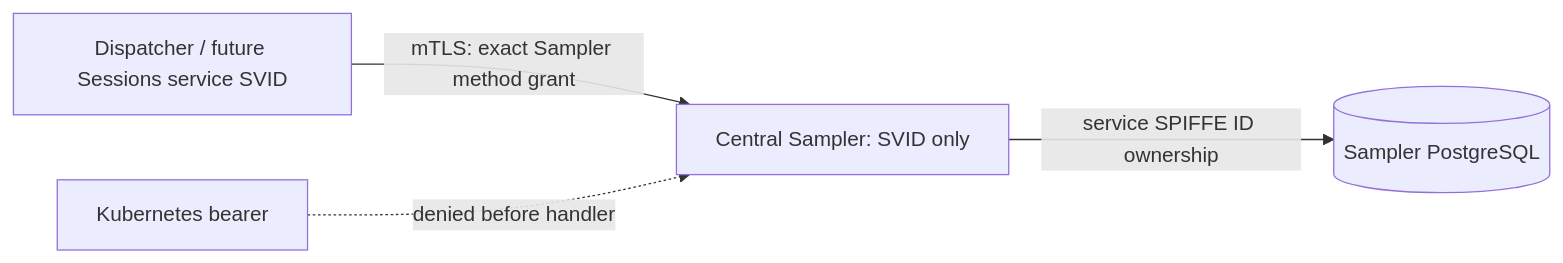
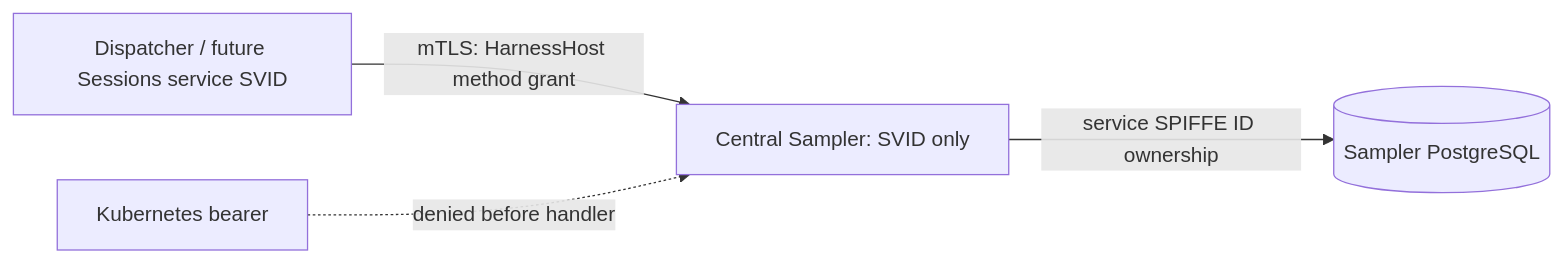
The fifth of 18 diagrams in agentplane/docs/system_overview.md (agentydragon/ducktape), drawn with Mermaid before and after one commit. The commit also changed other lines of this file and 14 other files, not shown here.

Commit message:
Use one HarnessHost client for Dispatcher delivery

````diff
--- a/agentplane/docs/system_overview.md
+++ b/agentplane/docs/system_overview.md
@@ -487,6 +487,6 @@
 ```mermaid
 flowchart LR
-    sessions[Dispatcher / future Sessions service SVID] -->|mTLS: exact Sampler method grant| sampler[Central Sampler: SVID only]
+    sessions[Dispatcher / future Sessions service SVID] -->|mTLS: HarnessHost method grant| sampler[Central Sampler: SVID only]
     bearer[Kubernetes bearer] -.->|denied before handler| sampler
     sampler -->|service SPIFFE ID ownership| db[(Sampler PostgreSQL)]
 ```
````
